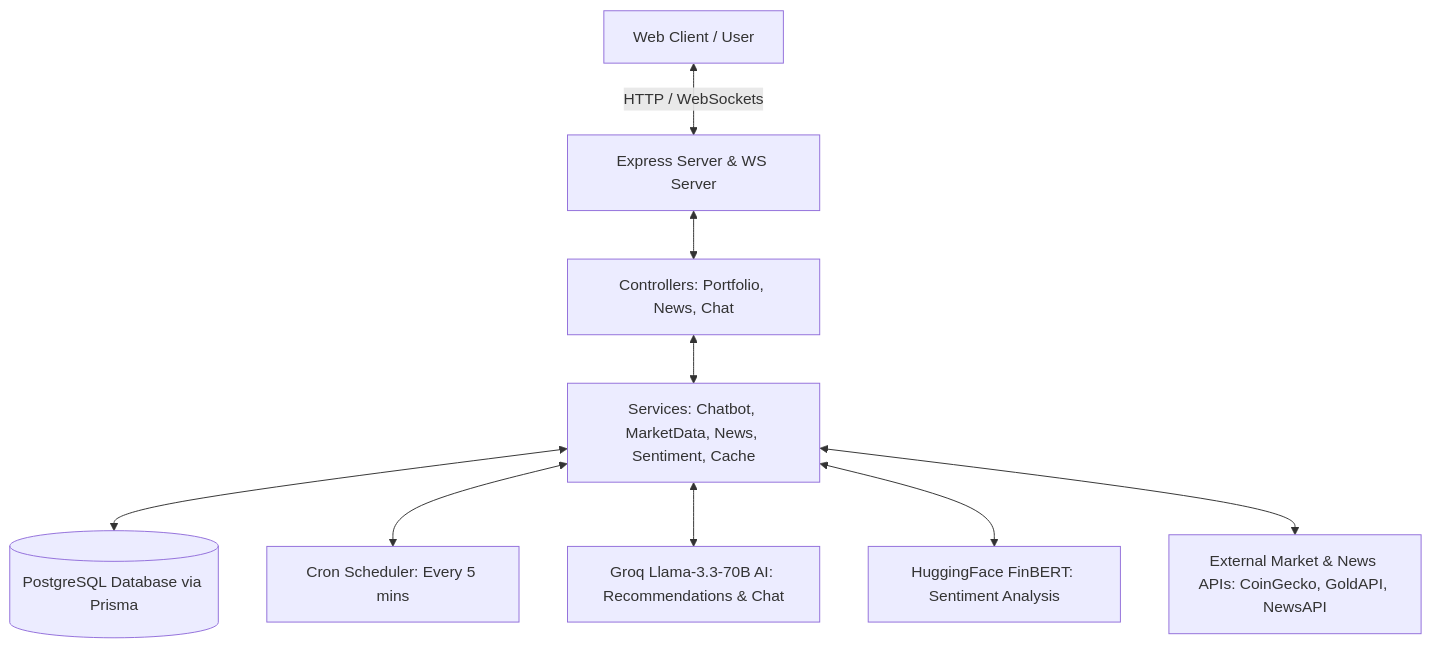
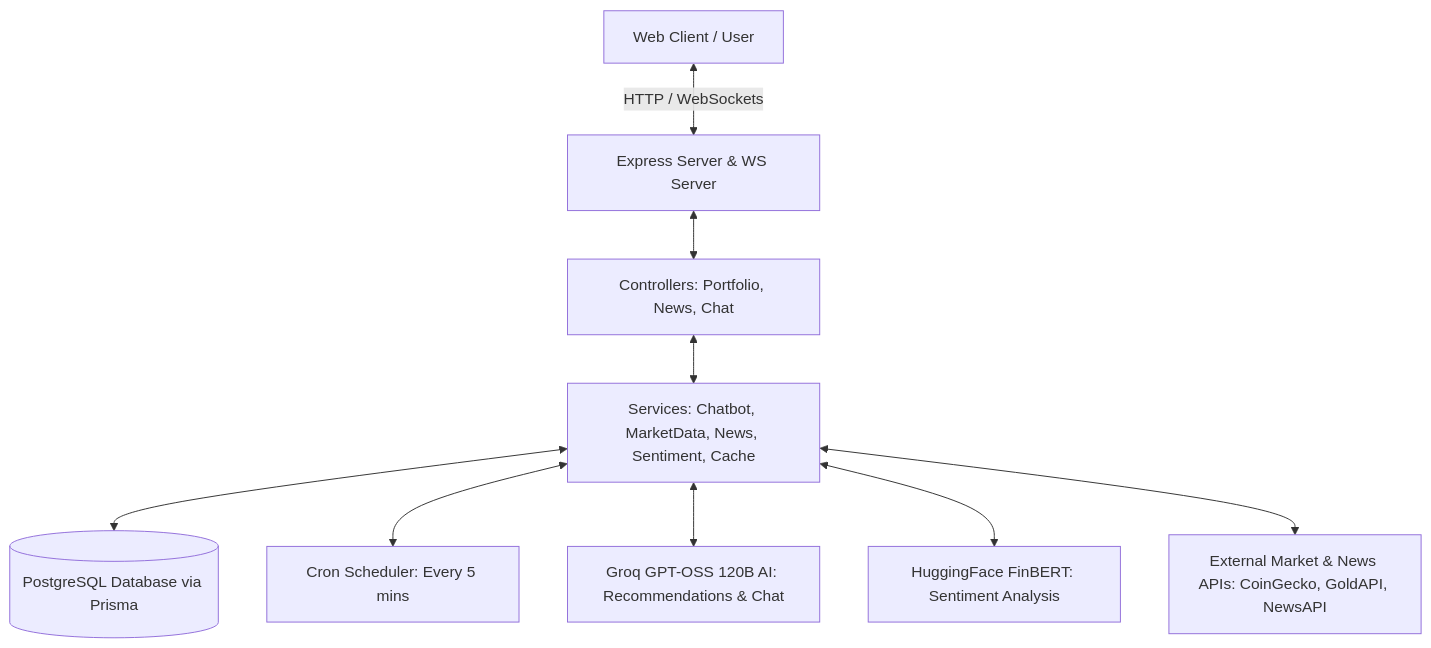
One commit to punyajain1/FINENCIAL-AGENT-be changed the diagram in PROJECT_OVERVIEW.md. Above: the diagram before and after it, drawn with Mermaid. The commit also changed other lines of this file and 4 other files, not shown here.

Commit message:
chore: upgrade primary AI model from Llama-3.3-70B to GPT-OSS 120B across documentation and frontend UI

````diff
--- a/PROJECT_OVERVIEW.md
+++ b/PROJECT_OVERVIEW.md
@@ -13,11 +13,11 @@
 ```mermaid
 graph TD
     Client[Web Client / User] <-->|HTTP / WebSockets| Server[Express Server & WS Server]
     Server <--> Controllers[Controllers: Portfolio, News, Chat]
     Controllers <--> Services[Services: Chatbot, MarketData, News, Sentiment, Cache]
     Services <--> DB[(PostgreSQL Database via Prisma)]
     Services <--> Cron[Cron Scheduler: Every 5 mins]
-    Services <--> Llama[Groq Llama-3.3-70B AI: Recommendations & Chat]
+    Services <--> GPT120B[Groq GPT-OSS 120B AI: Recommendations & Chat]
     Services <--> FinBERT[HuggingFace FinBERT: Sentiment Analysis]
     Services <--> ExtAPIs[External Market & News APIs: CoinGecko, GoldAPI, NewsAPI]
 ```
````
